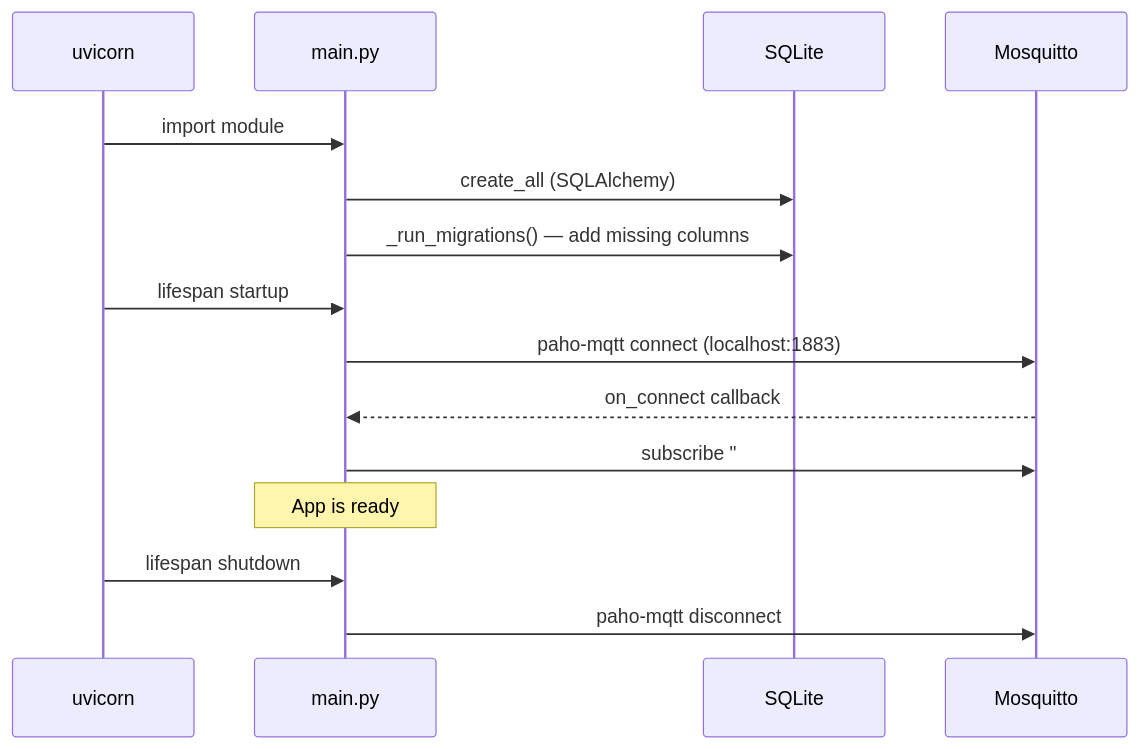
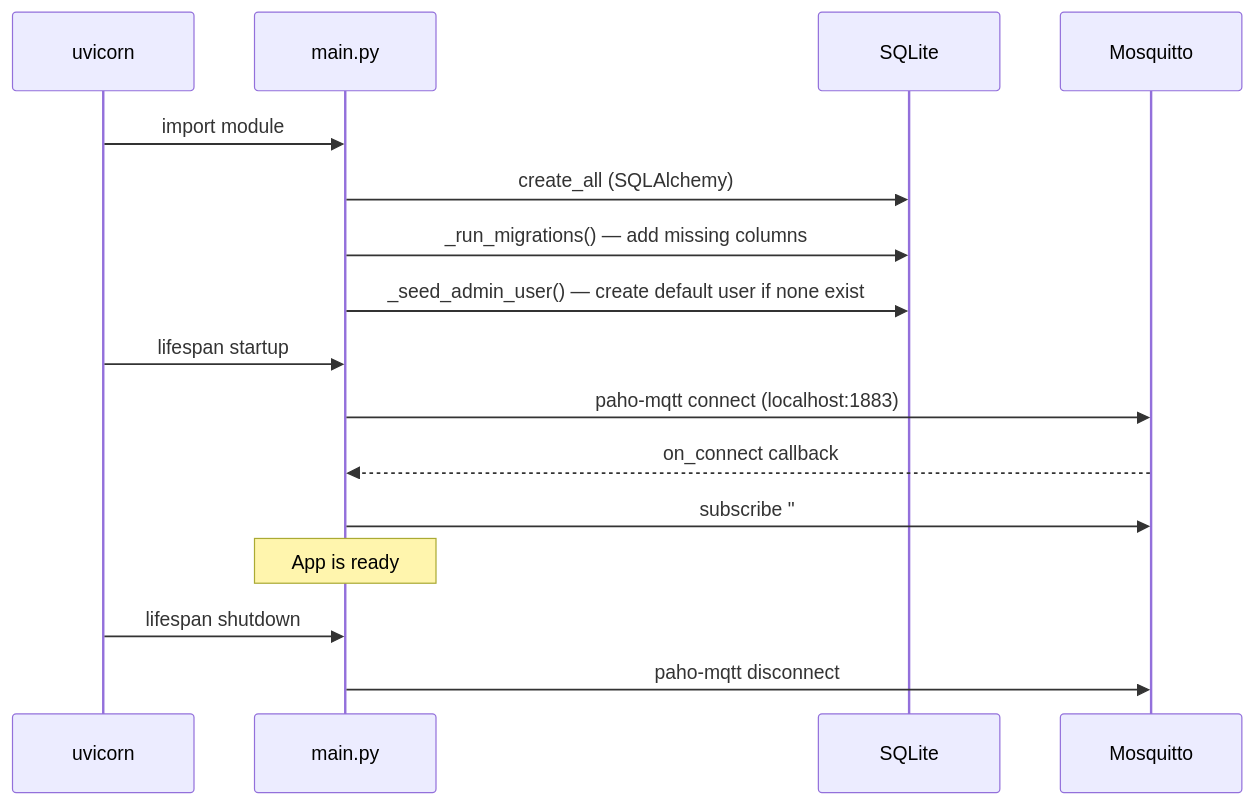
One commit to AlexErlewein/MakerPi_GroundControl changed the second of 2 diagrams in docs/05-system-architecture.md. Above: the diagram before and after it, drawn with Mermaid. The commit also changed other lines of this file and 3 other files, not shown here.

````diff
--- a/docs/05-system-architecture.md
+++ b/docs/05-system-architecture.md
@@ -84,18 +87,19 @@
 ```mermaid
 sequenceDiagram
     participant UV as uvicorn
     participant APP as main.py
     participant DB as SQLite
     participant MQ as Mosquitto
 
     UV->>APP: import module
     APP->>DB: create_all (SQLAlchemy)
     APP->>DB: _run_migrations() — add missing columns
+    APP->>DB: _seed_admin_user() — create default user if none exist
     UV->>APP: lifespan startup
     APP->>MQ: paho-mqtt connect (localhost:1883)
     MQ-->>APP: on_connect callback
     APP->>MQ: subscribe "#" (all topics)
     Note over APP: App is ready
     UV->>APP: lifespan shutdown
     APP->>MQ: paho-mqtt disconnect
 ```
````
